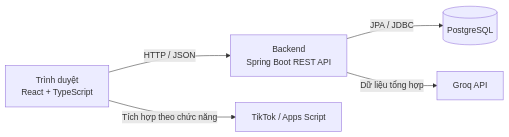
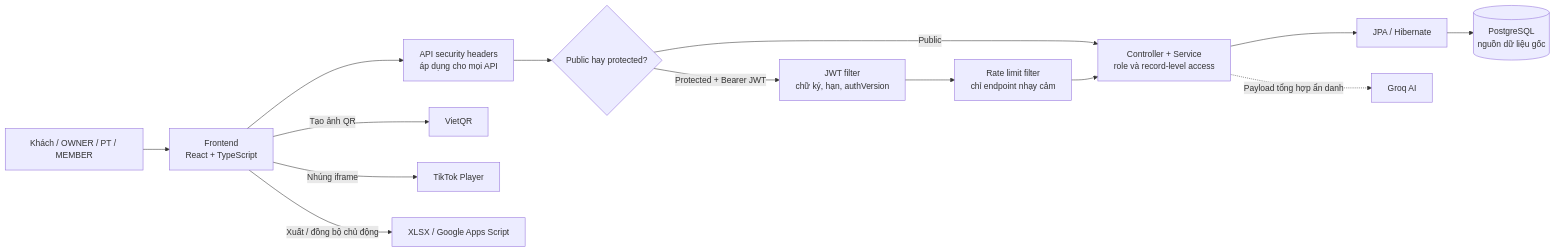
Before and after one commit to doanthetin193/gym-management-system: the third of 14 diagrams in internship/final_report/bao-cao-tong-ket-do-an.md, drawn with Mermaid. The commit also changed other lines of this file and 55 other files, not shown here.

````diff
--- a/internship/final_report/bao-cao-tong-ket-do-an.md
+++ b/internship/final_report/bao-cao-tong-ket-do-an.md
@@ -437,12 +614,16 @@
 ```mermaid
 flowchart LR
-    Browser["Trình duyệt<br/>React + TypeScript"]
-    API["Backend<br/>Spring Boot REST API"]
-    DB[("PostgreSQL")]
-    Groq["Groq API"]
-    External["TikTok / Apps Script"]
-    Browser -->|"HTTP / JSON"| API
-    API -->|"JPA / JDBC"| DB
-    API -->|"Dữ liệu tổng hợp"| Groq
-    Browser -->|"Tích hợp theo chức năng"| External
+    User["Khách / OWNER / PT / MEMBER"] --> Web["Frontend<br/>React + TypeScript"]
+    Web --> Header["API security headers<br/>áp dụng cho mọi API"]
+    Header --> Route{"Public hay protected?"}
+    Route -->|"Public"| Api["Controller + Service<br/>role và record-level access"]
+    Route -->|"Protected + Bearer JWT"| Jwt["JWT filter<br/>chữ ký, hạn, authVersion"]
+    Jwt --> Sensitive["Rate limit filter<br/>chỉ endpoint nhạy cảm"]
+    Sensitive --> Api
+    Api --> Persistence["JPA / Hibernate"]
+    Persistence --> Db[("PostgreSQL<br/>nguồn dữ liệu gốc")]
+    Api -.->|"Payload tổng hợp ẩn danh"| Groq["Groq AI"]
+    Web -->|"Tạo ảnh QR"| VietQr["VietQR"]
+    Web -->|"Nhúng iframe"| TikTok["TikTok Player"]
+    Web -->|"Xuất / đồng bộ chủ động"| External["XLSX / Google Apps Script"]
 ```
````
